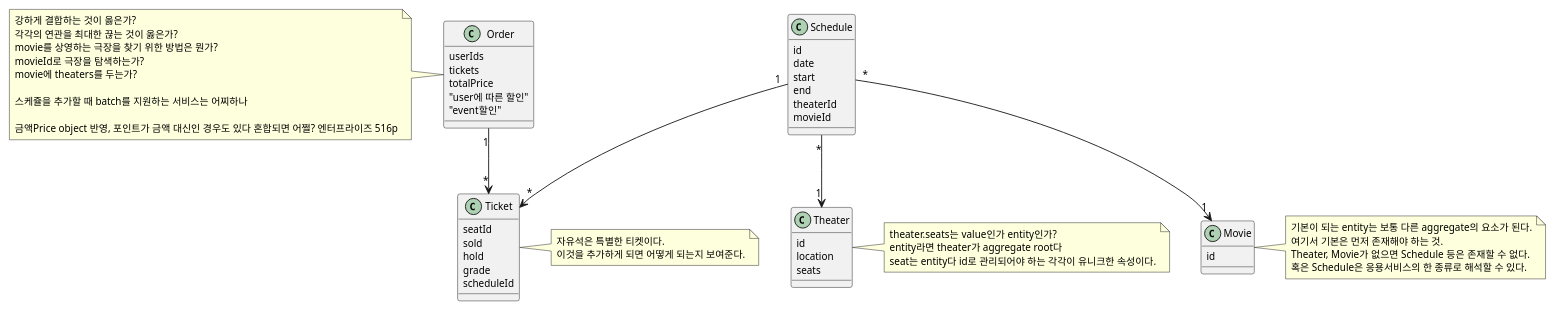
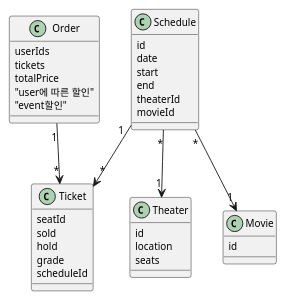
The diagram in docs/classes.md (hunjuly/nestjs), drawn with PlantUML before and after one commit. The commit also changed 4 other files, not shown here.

````diff
--- a/docs/classes.md
+++ b/docs/classes.md
@@ -5,73 +32,46 @@
 ```plantuml
 @startuml title
 skinparam shadowing false
 skinparam defaultFontSize 11
 
 class Order {
     userIds
     tickets
     totalPrice
     "user에 따른 할인"
     "event할인"
 }
 
-note left
-강하게 결합하는 것이 옳은가?
-각각의 연관을 최대한 끊는 것이 옳은가?
-movie를 상영하는 극장을 찾기 위한 방법은 뭔가?
-movieId로 극장을 탐색하는가?
-movie에 theaters를 두는가?
-
-스케쥴을 추가할 때 batch를 지원하는 서비스는 어찌하나
-
-금액Price object 반영, 포인트가 금액 대신인 경우도 있다 혼합되면 어쩔? 엔터프라이즈 516p
-end note
-
 class Ticket{
     seatId
     sold
     hold
     grade
     scheduleId
 }
-note right
-    자유석은 특별한 티켓이다.
-    이것을 추가하게 되면 어떻게 되는지 보여준다.
-end note
 
 class Schedule{
     id
     date
     start
     end
     theaterId
     movieId
 }
 
 class Theater{
     id
     location
     seats
 }
-note right
-theater.seats는 value인가 entity인가?
-entity라면 theater가 aggregate root다
-seat는 entity다 id로 관리되어야 하는 각각이 유니크한 속성이다.
-end note
 
 class Movie{
     id
 }
-note right
-기본이 되는 entity는 보통 다른 aggregate의 요소가 된다.
-여기서 기본은 먼저 존재해야 하는 것.
-Theater, Movie가 없으면 Schedule 등은 존재할 수 없다.
-혹은 Schedule은 응용서비스의 한 종류로 해석할 수 있다.
-end note
 
 Order "1" --> "*" Ticket
 Schedule "1" --> "*" Ticket
 Schedule "*" --> "1" Movie
 Schedule "*" --> "1" Theater
 @enduml
 ```
````
